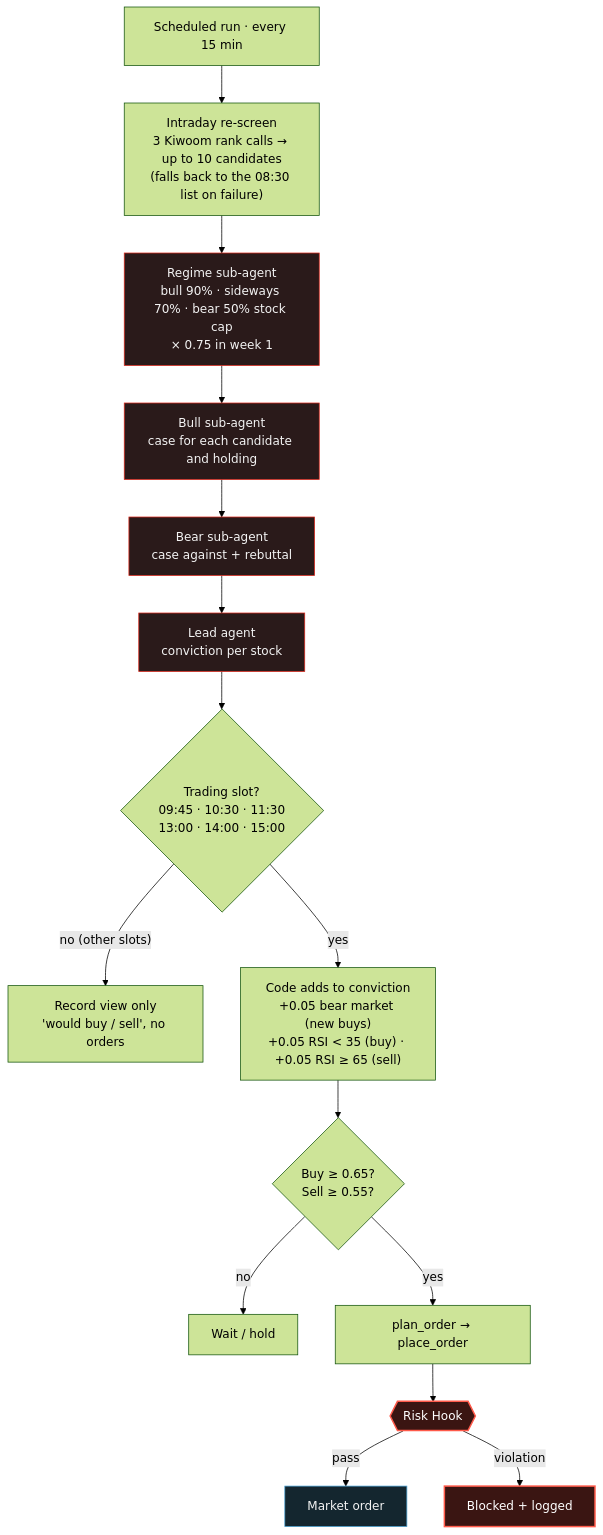
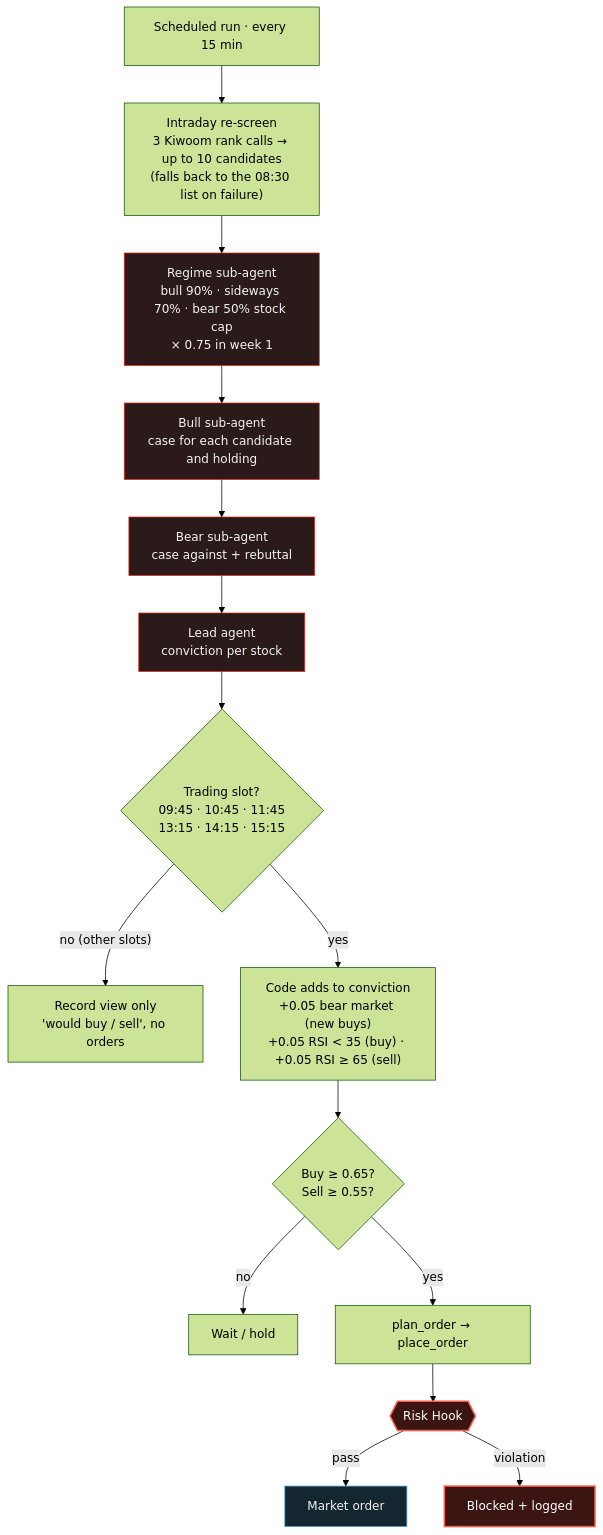
The diagram in assets/diagrams/decision.en.mmd (isopink/hynix-298f), drawn with Mermaid (forest theme) before and after one commit. The commit also changed 6 other files, not shown here.

```diff
--- a/assets/diagrams/decision.en.mmd
+++ b/assets/diagrams/decision.en.mmd
@@ -1,21 +1,21 @@
 flowchart TB
     S["Scheduled run · every 15 min"] --> P["Intraday re-screen<br/>3 Kiwoom rank calls → up to 10 candidates<br/>(falls back to the 08:30 list on failure)"]
     P --> G["Regime sub-agent<br/>bull 90% · sideways 70% · bear 50% stock cap<br/>× 0.75 in week 1"]
     G --> B["Bull sub-agent<br/>case for each candidate and holding"]
     B --> R["Bear sub-agent<br/>case against + rebuttal"]
     R --> L["Lead agent<br/>conviction per stock"]
-    L --> T{"Trading slot?<br/>09:45 · 10:30 · 11:30<br/>13:00 · 14:00 · 15:00"}
+    L --> T{"Trading slot?<br/>09:45 · 10:45 · 11:45<br/>13:15 · 14:15 · 15:15"}
     T -- "no (other slots)" --> V["Record view only<br/>'would buy / sell', no orders"]
     T -- yes --> C["Code adds to conviction<br/>+0.05 bear market (new buys)<br/>+0.05 RSI < 35 (buy) · +0.05 RSI ≥ 65 (sell)"]
     C --> Q{"Buy ≥ 0.65?<br/>Sell ≥ 0.55?"}
     Q -- no --> W["Wait / hold"]
     Q -- yes --> Z["plan_order → place_order"]
     Z --> H{{"Risk Hook"}}
     H -- pass --> O["Market order"]
     H -- violation --> X["Blocked + logged"]
     classDef agent fill:#2a1a1a,stroke:#da291c,color:#f3f3f3
     classDef hook fill:#3a1512,stroke:#ff5a4a,stroke-width:2px,color:#ffffff
     classDef ok fill:#14262f,stroke:#4aa3d4,color:#f3f3f3
     class G,B,R,L agent
     class H,X hook
     class O ok
```
